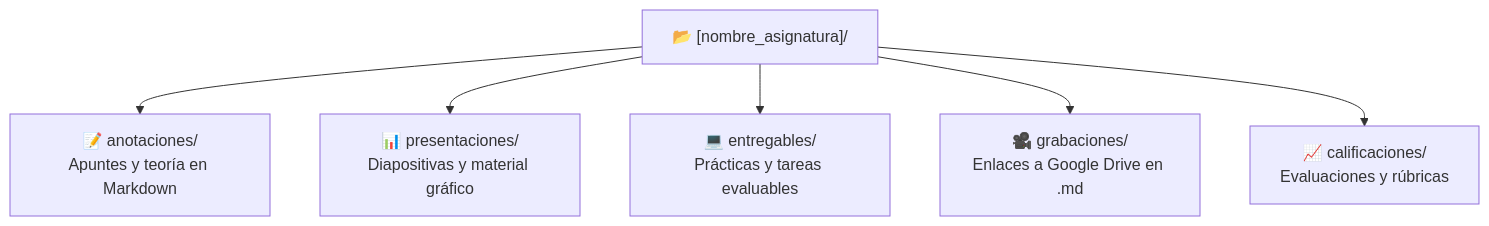
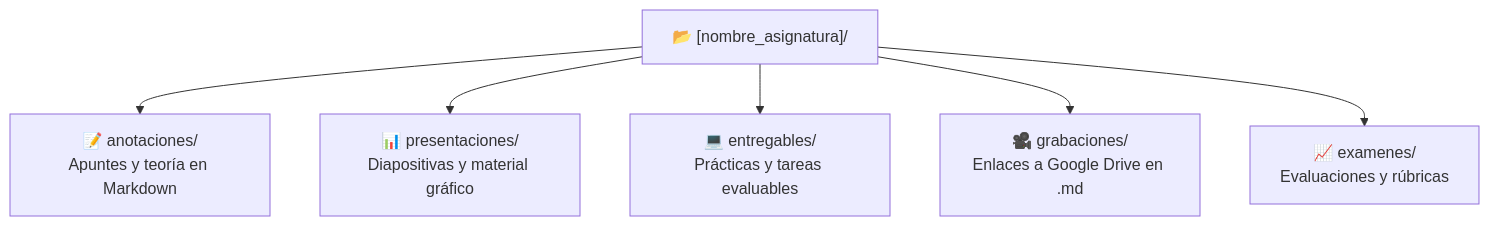
One commit to laralbir/bigdata-ia changed the diagram in clases/README.md. Above: the diagram before and after it, drawn with Mermaid. The commit also changed other lines of this file and 9 other files, not shown here.

Commit message:
docs: renombrar estructura de carpetas de calificaciones a examenes en todas las asignaturas

````diff
--- a/clases/README.md
+++ b/clases/README.md
@@ -37,8 +37,8 @@
 ```mermaid
 flowchart TD
     Asignatura["📂 [nombre_asignatura]/"] --> Anot["📝 anotaciones/<br>Apuntes y teoría en Markdown"]
     Asignatura --> Pres["📊 presentaciones/<br>Diapositivas y material gráfico"]
     Asignatura --> Entr["💻 entregables/<br>Prácticas y tareas evaluables"]
     Asignatura --> Grab["🎥 grabaciones/<br>Enlaces a Google Drive en .md"]
-    Asignatura --> Calif["📈 calificaciones/<br>Evaluaciones y rúbricas"]
+    Asignatura --> Calif["📈 examenes/<br>Evaluaciones y rúbricas"]
 ```
````
